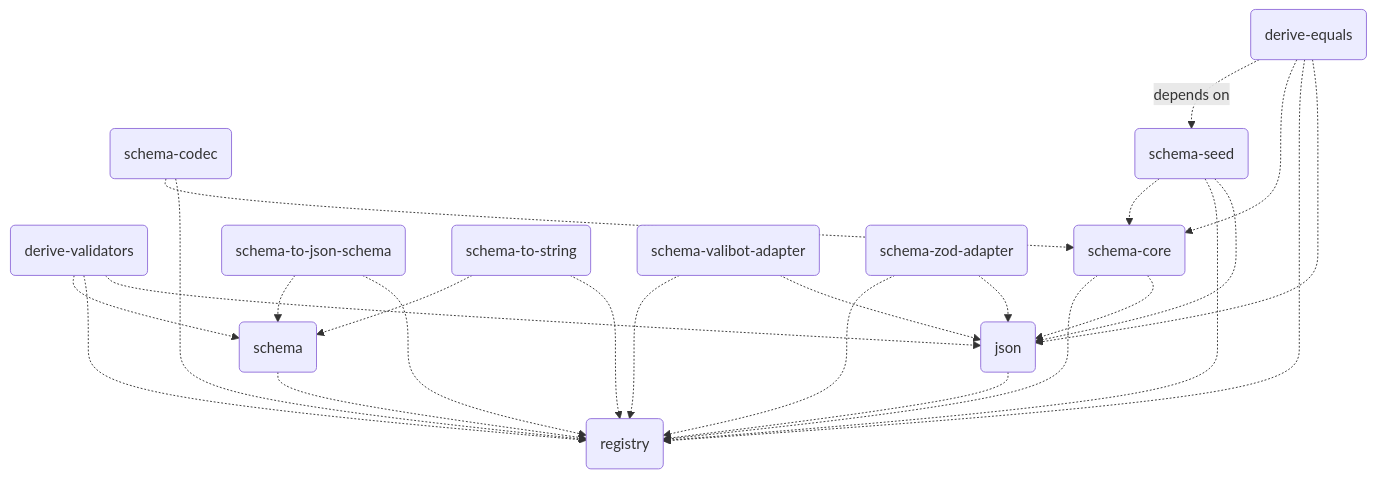
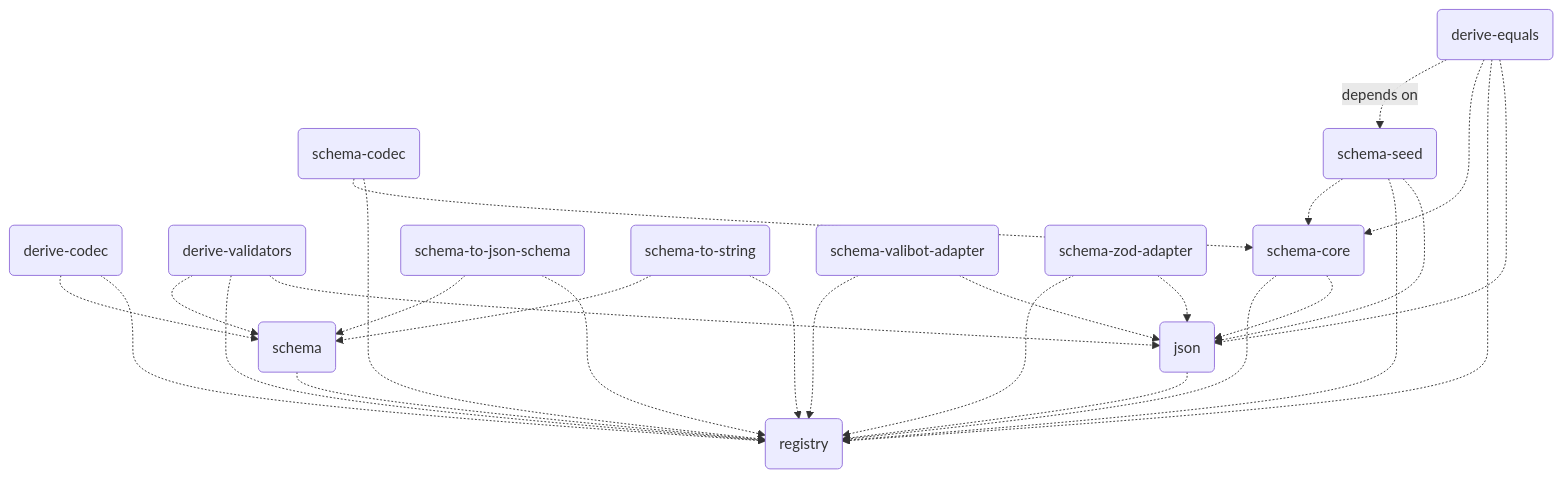
One commit to traversable/schema changed the diagram in README.md. Above: the diagram before and after it, drawn with Mermaid. The commit also changed 43 other files, not shown here.

Commit message:
init(codec): initializes `derive-codec` package

````diff
--- a/README.md
+++ b/README.md
@@ -313,28 +313,30 @@
 ```mermaid
 flowchart TD
     registry(registry)
     json(json) -.-> registry(registry)
     schema(schema) -.-> registry(registry)
+    derive-codec(derive-codec) -.-> registry(registry)
+    derive-codec(derive-codec) -.-> schema(schema)
     derive-validators(derive-validators) -.-> json(json)
     derive-validators(derive-validators) -.-> registry(registry)
     derive-validators(derive-validators) -.-> schema(schema)
     schema-core(schema-core) -.-> json(json)
     schema-core(schema-core) -.-> registry(registry)
     schema-to-json-schema(schema-to-json-schema) -.-> registry(registry)
     schema-to-json-schema(schema-to-json-schema) -.-> schema(schema)
     schema-to-string(schema-to-string) -.-> registry(registry)
     schema-to-string(schema-to-string) -.-> schema(schema)
     schema-valibot-adapter(schema-valibot-adapter) -.-> json(json)
     schema-valibot-adapter(schema-valibot-adapter) -.-> registry(registry)
     schema-zod-adapter(schema-zod-adapter) -.-> json(json)
     schema-zod-adapter(schema-zod-adapter) -.-> registry(registry)
     schema-codec(schema-codec) -.-> registry(registry)
     schema-codec(schema-codec) -.-> schema-core(schema-core)
     schema-seed(schema-seed) -.-> json(json)
     schema-seed(schema-seed) -.-> registry(registry)
     schema-seed(schema-seed) -.-> schema-core(schema-core)
     derive-equals(derive-equals) -.-> json(json)
     derive-equals(derive-equals) -.-> registry(registry)
     derive-equals(derive-equals) -.-> schema-core(schema-core)
     derive-equals(derive-equals) -.depends on.-> schema-seed(schema-seed)
 ```
````
